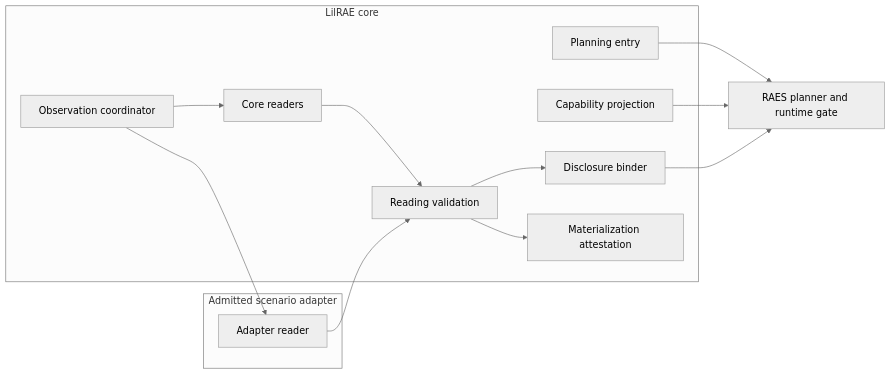
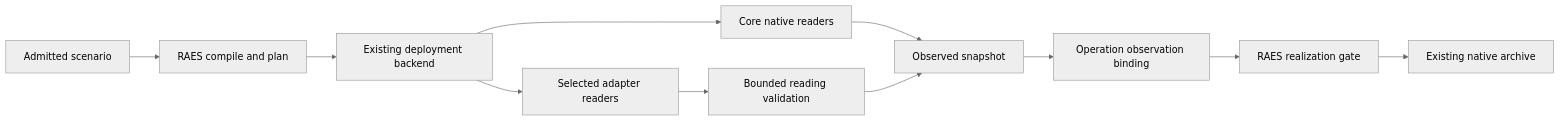
One commit to OpenRAE/lilrae changed the diagram in docs/architecture/issue-1017-native-runtime-attestation-design.md. Above: the diagram before and after it, drawn with Mermaid (neutral theme). The commit also changed other lines of this file and 72 other files, not shown here.

Commit message:
fix: retire the TechVault planning and observation bridge

````diff
--- a/docs/architecture/issue-1017-native-runtime-attestation-design.md
+++ b/docs/architecture/issue-1017-native-runtime-attestation-design.md
@@ -58,25 +56,13 @@
 ```mermaid
 flowchart LR
-  subgraph core[LilRAE core]
-    PE[Planning entry]
-    CO[Observation coordinator]
-    CR[Core readers]
-    VB[Reading validation]
-    DB[Disclosure binder]
-    CP[Capability projection]
-    MA[Materialization attestation]
-  end
-  subgraph plugin[Admitted scenario adapter]
-    AR[Adapter reader]
-  end
-  RAES[RAES planner and runtime gate]
-  PE --> RAES
-  CP --> RAES
-  CO --> CR
-  CO --> AR
-  CR --> VB
-  AR --> VB
-  VB --> DB
-  DB --> RAES
-  VB --> MA
+    A[Admitted scenario] --> P[RAES compile and plan]
+    P --> D[Existing deployment backend]
+    D --> C[Core native readers]
+    D --> R[Selected adapter readers]
+    R --> V[Bounded reading validation]
+    C --> S[Observed snapshot]
+    V --> S
+    S --> B[Operation observation binding]
+    B --> G[RAES realization gate]
+    G --> E[Existing native archive]
 ```
````
